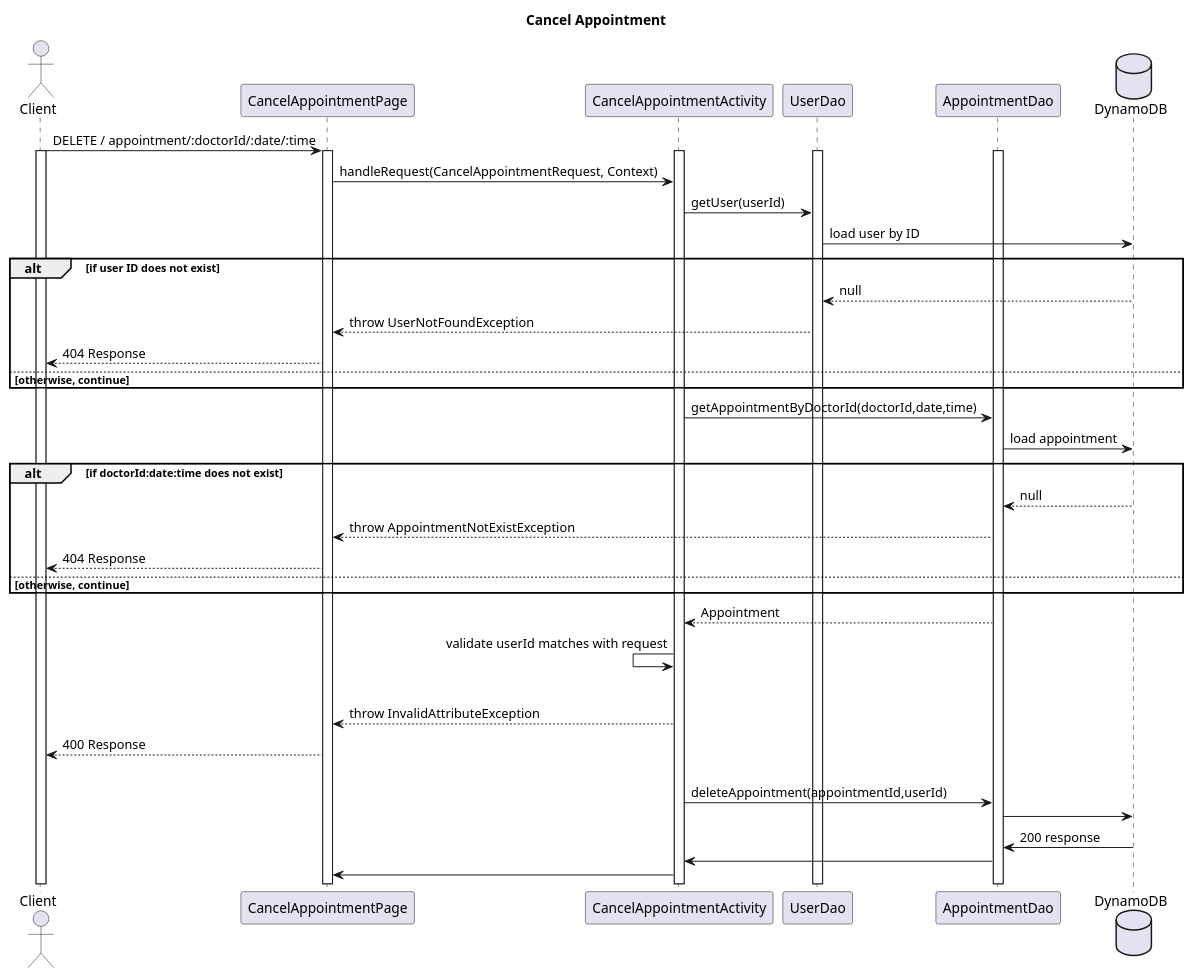
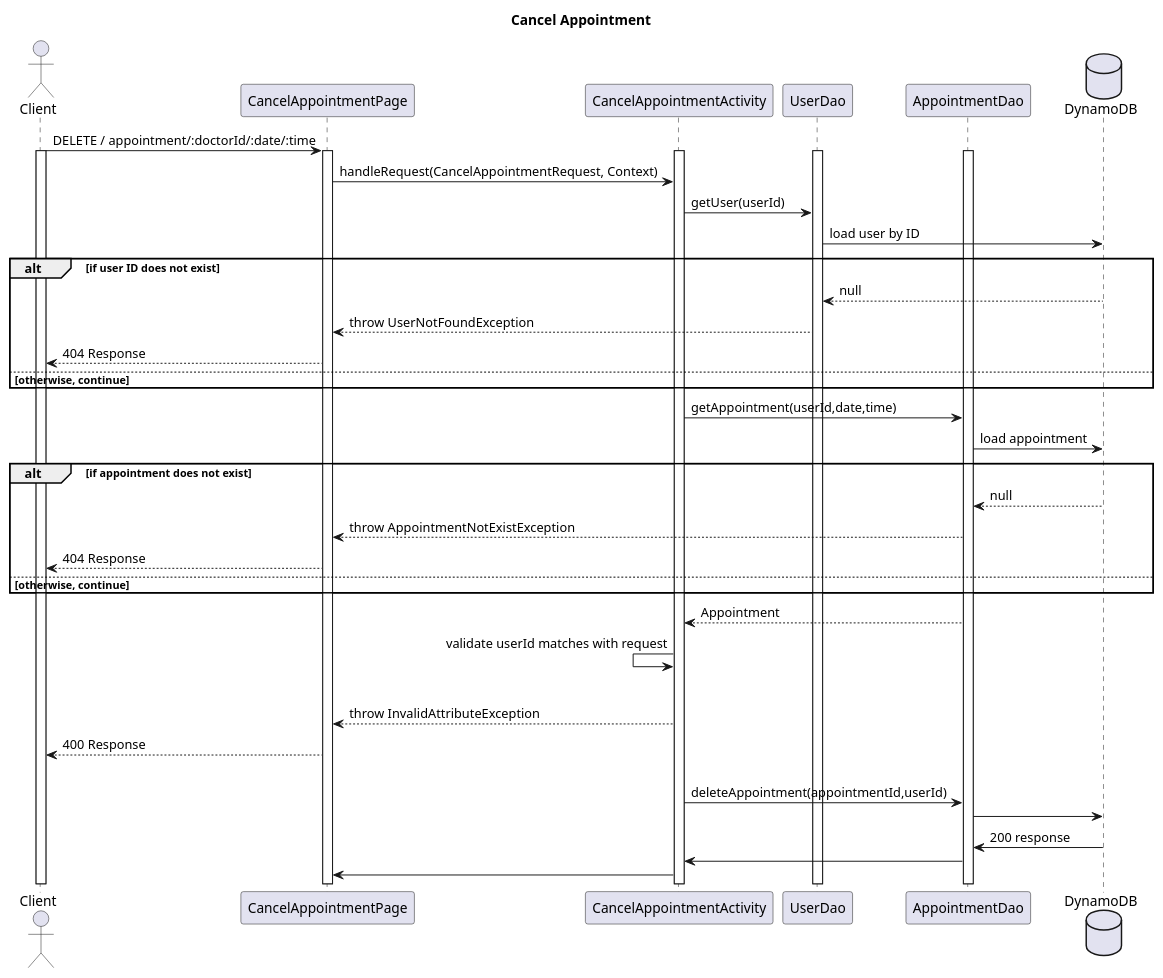
The diagram in project_documents/cancelappointmentSD.puml (BloomTechBackend/bd-team-project-priyanka), drawn with PlantUML before and after one commit. The commit also changed 5 other files, not shown here.

Commit message:
Added cancel appointement and doctor availability

```diff
--- a/project_documents/cancelappointmentSD.puml
+++ b/project_documents/cancelappointmentSD.puml
@@ -1,48 +1,48 @@
 @startuml
 title Cancel Appointment
 
 actor Client
 participant CancelAppointmentPage
 participant CancelAppointmentActivity
 participant UserDao
 participant AppointmentDao
 database DynamoDB
 
 Client -> CancelAppointmentPage : DELETE / appointment/:doctorId/:date/:time
 activate Client
 activate CancelAppointmentPage
 activate CancelAppointmentActivity
 activate AppointmentDao
 activate UserDao
 CancelAppointmentPage -> CancelAppointmentActivity :  handleRequest(CancelAppointmentRequest, Context)
 CancelAppointmentActivity -> UserDao : getUser(userId)
 UserDao -> DynamoDB : load user by ID
 alt if user ID does not exist
     UserDao <-- DynamoDB : null
     CancelAppointmentPage <-- UserDao : throw UserNotFoundException
     Client <-- CancelAppointmentPage : 404 Response
 else otherwise, continue
 end
-CancelAppointmentActivity -> AppointmentDao : getAppointmentByDoctorId(doctorId,date,time)
+CancelAppointmentActivity -> AppointmentDao : getAppointment(userId,date,time)
 AppointmentDao -> DynamoDB : load appointment
-alt if doctorId:date:time does not exist
+alt if appointment does not exist
     AppointmentDao <-- DynamoDB : null
     CancelAppointmentPage <-- AppointmentDao : throw AppointmentNotExistException
     Client <-- CancelAppointmentPage : 404 Response
 else otherwise, continue
 
 end
 CancelAppointmentActivity <-- AppointmentDao : Appointment
 CancelAppointmentActivity <- CancelAppointmentActivity : validate userId matches with request
 alt if request userId and Appointment userId different
     CancelAppointmentPage <-- CancelAppointmentActivity : throw InvalidAttributeException
     Client <-- CancelAppointmentPage : 400 Response
 else otherwise,continue
 CancelAppointmentActivity -> AppointmentDao : deleteAppointment(appointmentId,userId)
 
 
 AppointmentDao -> DynamoDB
 AppointmentDao <- DynamoDB : 200 response
 CancelAppointmentActivity <- AppointmentDao
 CancelAppointmentPage <- CancelAppointmentActivity
 @enduml
```
